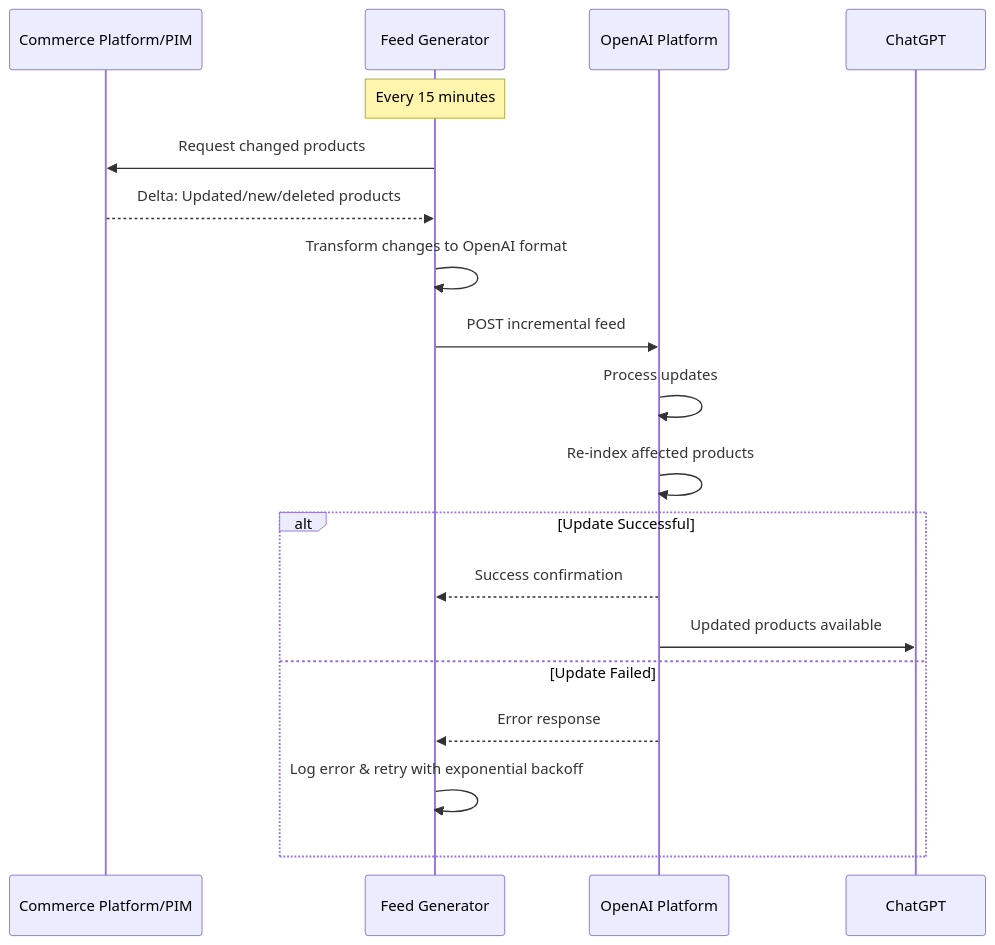
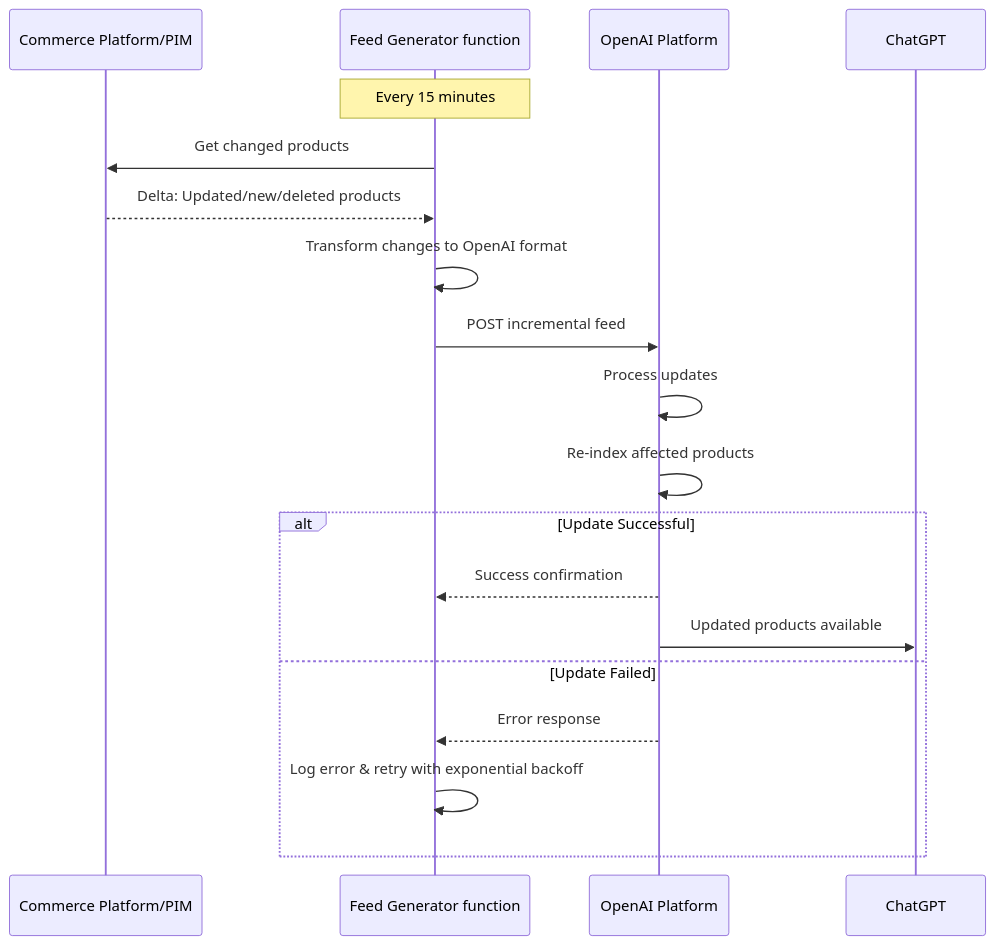
The diagram in models/recipes/openai-product-feed.md (machalliance/standards), drawn with Mermaid before and after one commit. The commit also changed other lines of this file, not shown here.

````diff
--- a/models/recipes/openai-product-feed.md
+++ b/models/recipes/openai-product-feed.md
@@ -195,26 +160,26 @@
 ```mermaid
 sequenceDiagram
     participant CP as Commerce Platform/PIM
-    participant FG as Feed Generator
+    participant FG as Feed Generator function
     participant OAI as OpenAI Platform
     participant GPT as ChatGPT
 
     Note over FG: Every 15 minutes
 
-    FG->>CP: Request changed products
+    FG->>CP: Get changed products
     CP-->>FG: Delta: Updated/new/deleted products
     
     FG->>FG: Transform changes to OpenAI format
     
     FG->>OAI: POST incremental feed
     OAI->>OAI: Process updates
     OAI->>OAI: Re-index affected products
     
     alt Update Successful
         OAI-->>FG: Success confirmation
         OAI->>GPT: Updated products available
     else Update Failed
         OAI-->>FG: Error response
         FG->>FG: Log error & retry with exponential backoff
     end
 ```
````
